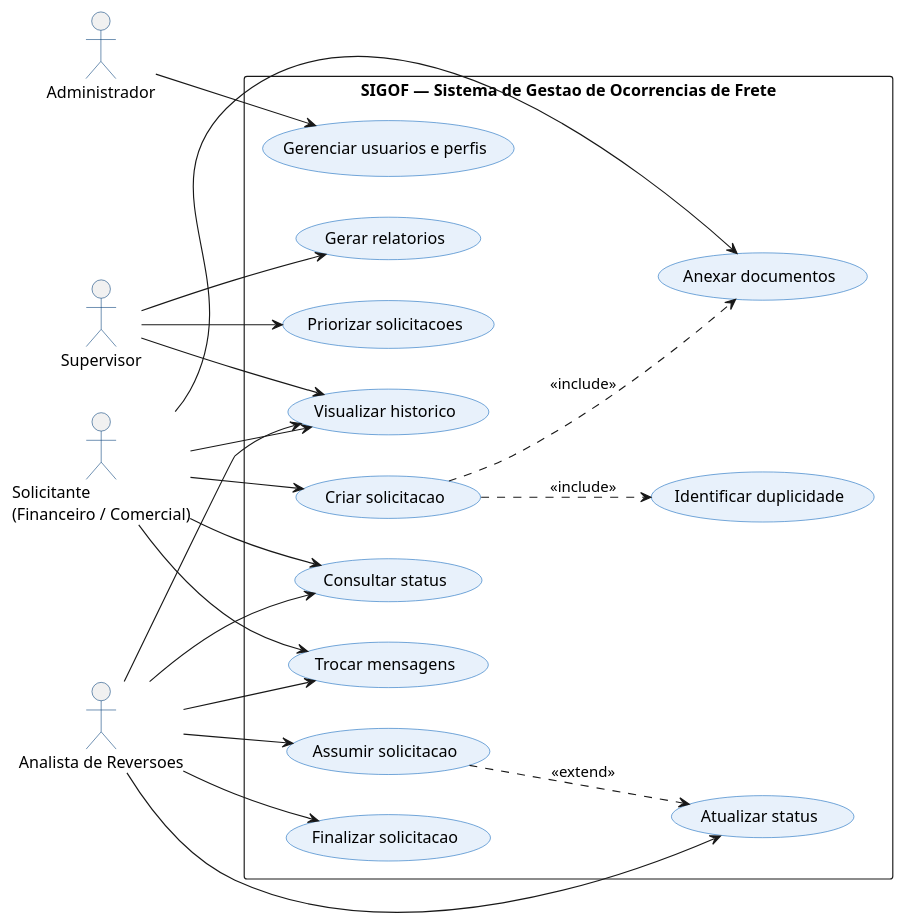
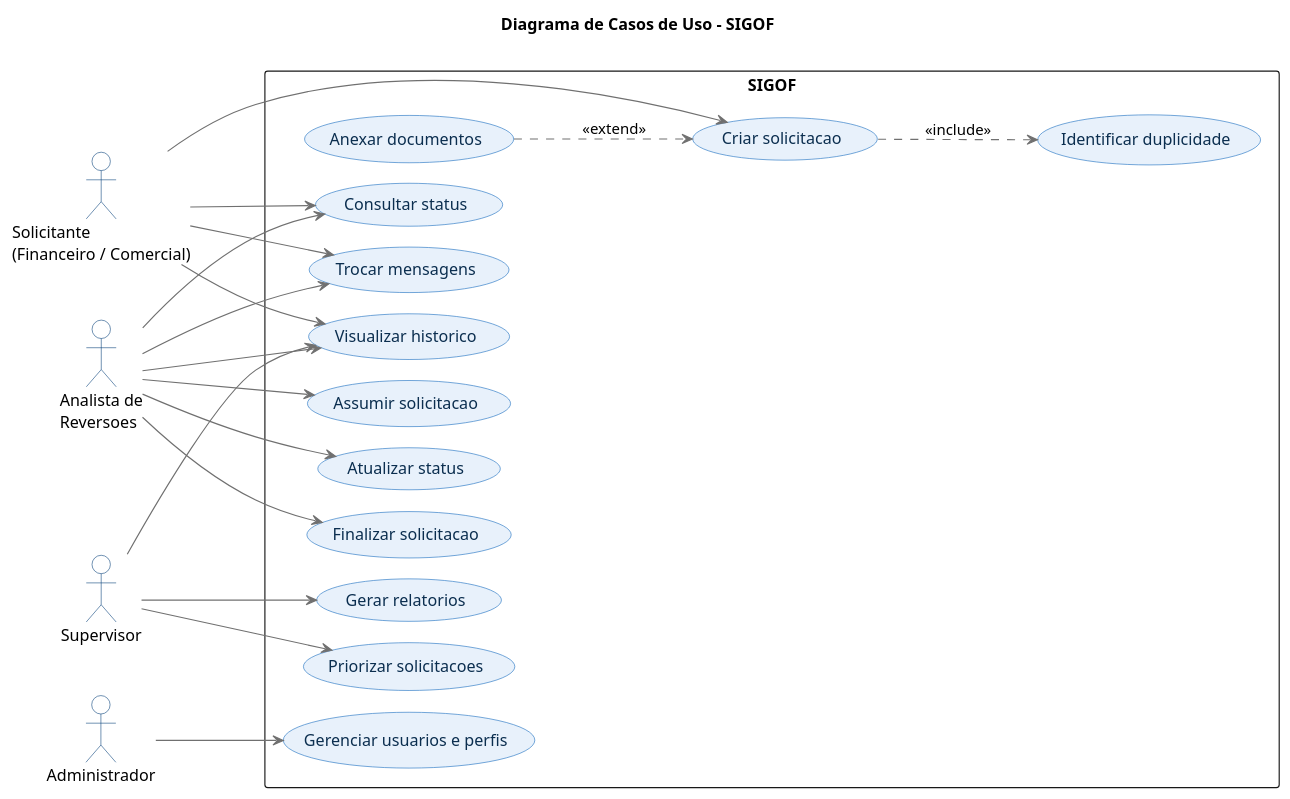
One commit to Wellerson-M/SIGOF changed the diagram in docs/diagrams/casos-de-uso.puml. Above: the diagram before and after it, drawn with PlantUML. The commit also changed 8 other files, not shown here.

First line of the commit message:
Migra diagramas C4 para PlantUML e insere PNGs no RFC

```diff
--- a/docs/diagrams/casos-de-uso.puml
+++ b/docs/diagrams/casos-de-uso.puml
@@ -1,60 +1,60 @@
-@startuml casos-de-uso-sigof
-' Diagrama de Casos de Uso (UML) — SIGOF
-' Atores representados com o "bonequinho" (stick figure) padrão UML.
-' Para exportar: cole este conteudo em https://www.plantuml.com/plantuml
-' ou use a extensao PlantUML no VS Code -> exportar PNG para docs/assets/casos-de-uso.png
-
+@startuml Casos_de_Uso_SIGOF
 left to right direction
+skinparam shadowing false
 skinparam packageStyle rectangle
-skinparam shadowing false
+skinparam nodesep 18
+skinparam ranksep 80
+skinparam actor {
+    BackgroundColor #FFFFFF
+    BorderColor #08427B
+}
 skinparam usecase {
-  BackgroundColor #E8F1FB
-  BorderColor #1168BD
-}
-skinparam actor {
-  BorderColor #08427B
+    BackgroundColor #E8F1FB
+    BorderColor #1168BD
+    FontColor #0B2E4F
+    ArrowColor #707070
 }
 
+title Diagrama de Casos de Uso - SIGOF
+
 actor "Solicitante\n(Financeiro / Comercial)" as Sol
-actor "Analista de Reversoes" as Ana
-actor "Supervisor" as Sup
-actor "Administrador" as Adm
+actor "Analista de\nReversoes"               as Ana
+actor "Supervisor"                            as Sup
+actor "Administrador"                         as Adm
 
-rectangle "SIGOF — Sistema de Gestao de Ocorrencias de Frete" {
-  usecase "Criar solicitacao" as UC1
-  usecase "Anexar documentos" as UC2
-  usecase "Consultar status" as UC3
-  usecase "Trocar mensagens" as UC4
-  usecase "Visualizar historico" as UC5
-  usecase "Assumir solicitacao" as UC6
-  usecase "Atualizar status" as UC7
-  usecase "Finalizar solicitacao" as UC8
-  usecase "Identificar duplicidade" as UC9
-  usecase "Priorizar solicitacoes" as UC10
-  usecase "Gerar relatorios" as UC11
-  usecase "Gerenciar usuarios e perfis" as UC12
+rectangle "SIGOF" {
+    usecase "Criar solicitacao"            as UC1
+    usecase "Anexar documentos"            as UC2
+    usecase "Identificar duplicidade"      as UC9
+    usecase "Consultar status"             as UC3
+    usecase "Trocar mensagens"             as UC4
+    usecase "Visualizar historico"         as UC5
+    usecase "Assumir solicitacao"          as UC6
+    usecase "Atualizar status"             as UC7
+    usecase "Finalizar solicitacao"        as UC8
+    usecase "Priorizar solicitacoes"       as UC10
+    usecase "Gerar relatorios"             as UC11
+    usecase "Gerenciar usuarios e perfis"  as UC12
 }
 
 Sol --> UC1
-Sol --> UC2
 Sol --> UC3
 Sol --> UC4
 Sol --> UC5
 
 Ana --> UC3
 Ana --> UC4
 Ana --> UC5
 Ana --> UC6
 Ana --> UC7
 Ana --> UC8
 
 Sup --> UC5
 Sup --> UC10
 Sup --> UC11
 
 Adm --> UC12
 
-UC1 ..> UC2 : <<include>>
 UC1 ..> UC9 : <<include>>
-UC6 ..> UC7 : <<extend>>
+UC2 ..> UC1 : <<extend>>
 @enduml
```
